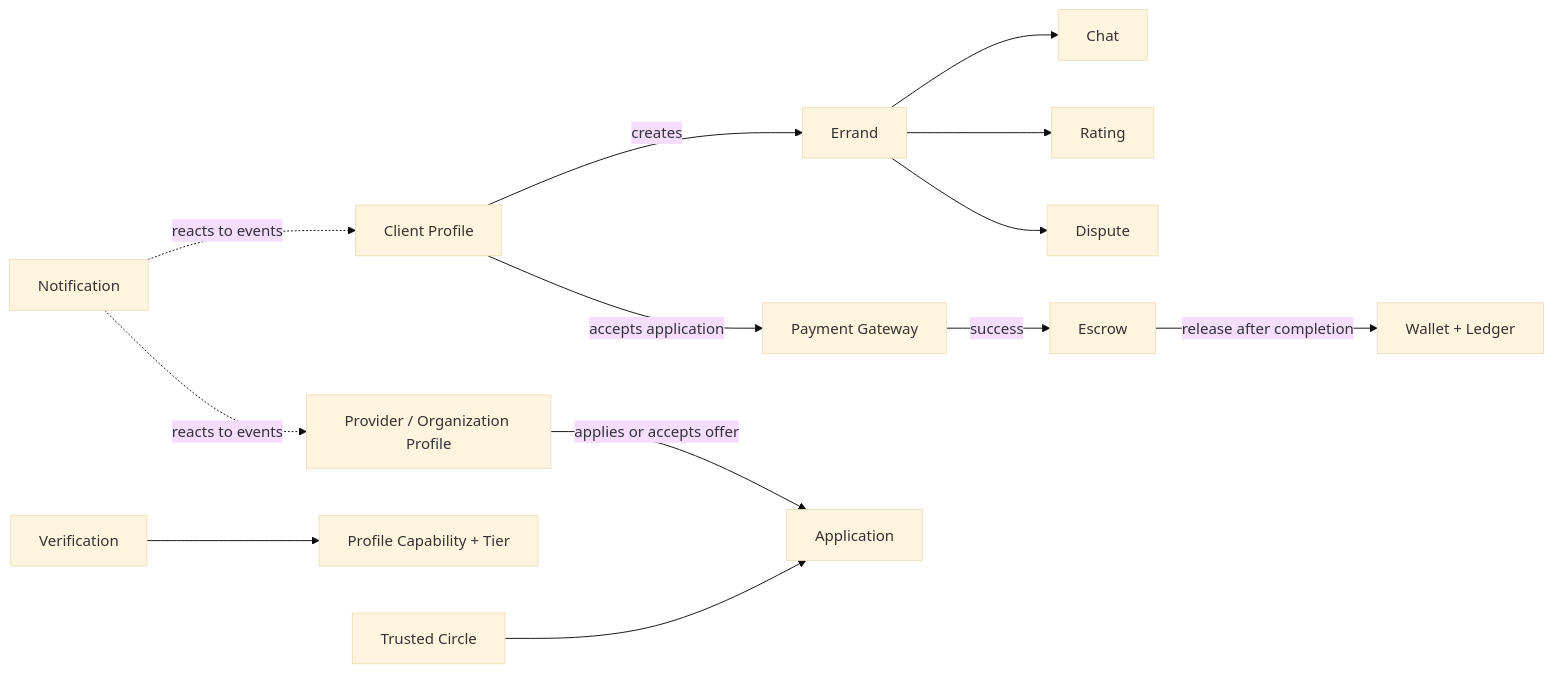
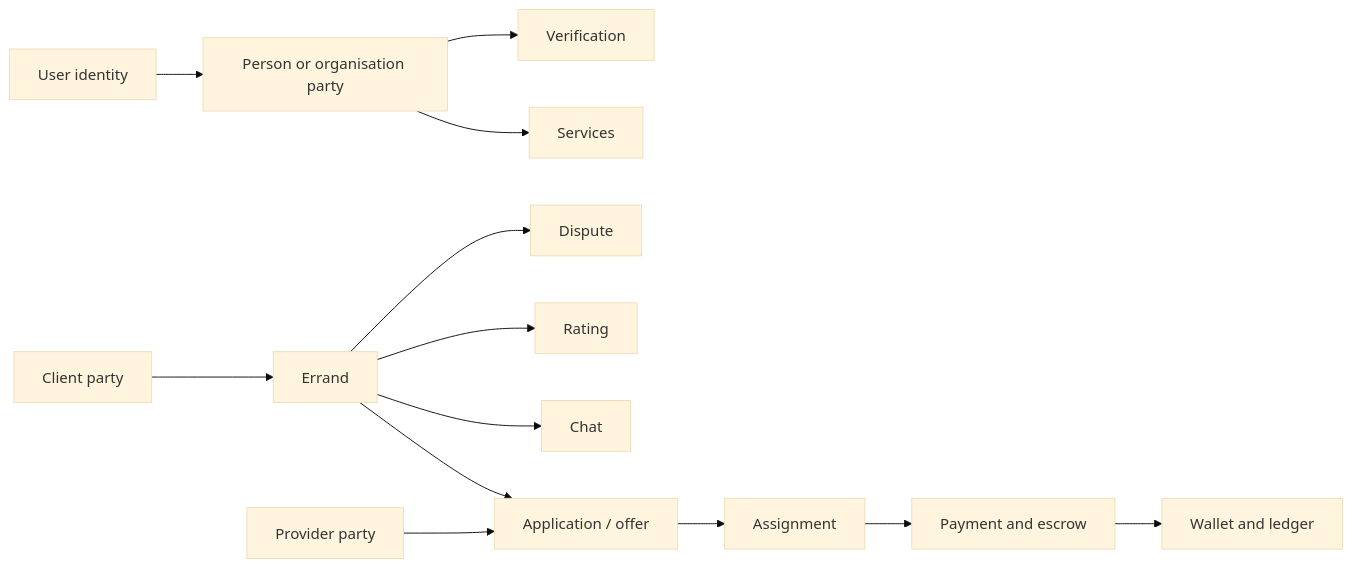
Before and after one commit to OlamidotunIY/errandy_backend: the diagram in README.md, drawn with Mermaid (base theme). The commit also changed other lines of this file, not shown here.

````diff
--- a/README.md
+++ b/README.md
@@ -90,15 +77,15 @@
 ```mermaid
 flowchart LR
-  Client[Client Profile] -->|creates| Errand[Errand]
-  Provider[Provider / Organization Profile] -->|applies or accepts offer| Application[Application]
-  Client -->|accepts application| Payment[Payment Gateway]
-  Payment -->|success| Escrow[Escrow]
-  Escrow -->|release after completion| Wallet[Wallet + Ledger]
+  User[User identity] --> Party[Person or organisation party]
+  Party --> Service[Services]
+  Client[Client party] --> Errand[Errand]
+  Provider[Provider party] --> Application[Application / offer]
+  Errand --> Application
+  Application --> Assignment[Assignment]
+  Assignment --> Payment[Payment and escrow]
+  Payment --> Wallet[Wallet and ledger]
   Errand --> Chat[Chat]
   Errand --> Rating[Rating]
   Errand --> Dispute[Dispute]
-  Verification[Verification] --> Profile[Profile Capability + Tier]
-  Trusted[Trusted Circle] --> Application
-  Notification[Notification] -. reacts to events .-> Client
-  Notification -. reacts to events .-> Provider
+  Party --> Verification[Verification]
 ```
````
